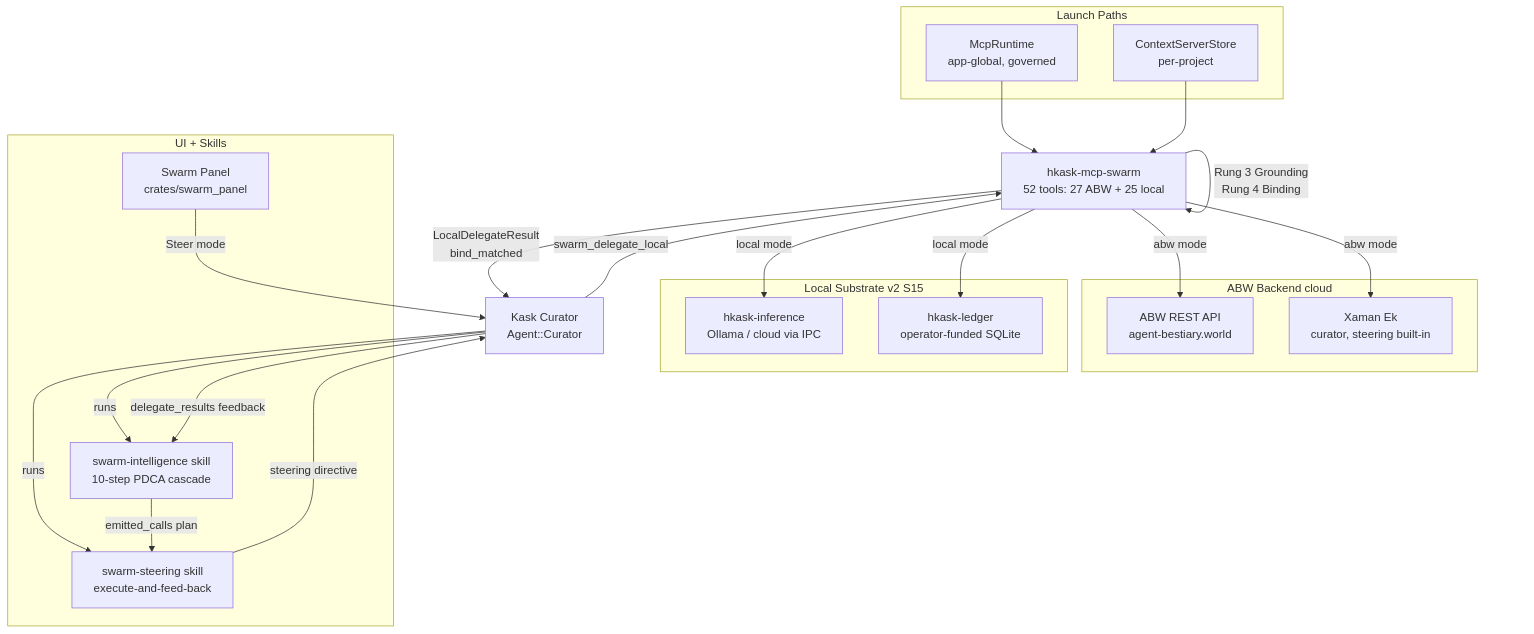
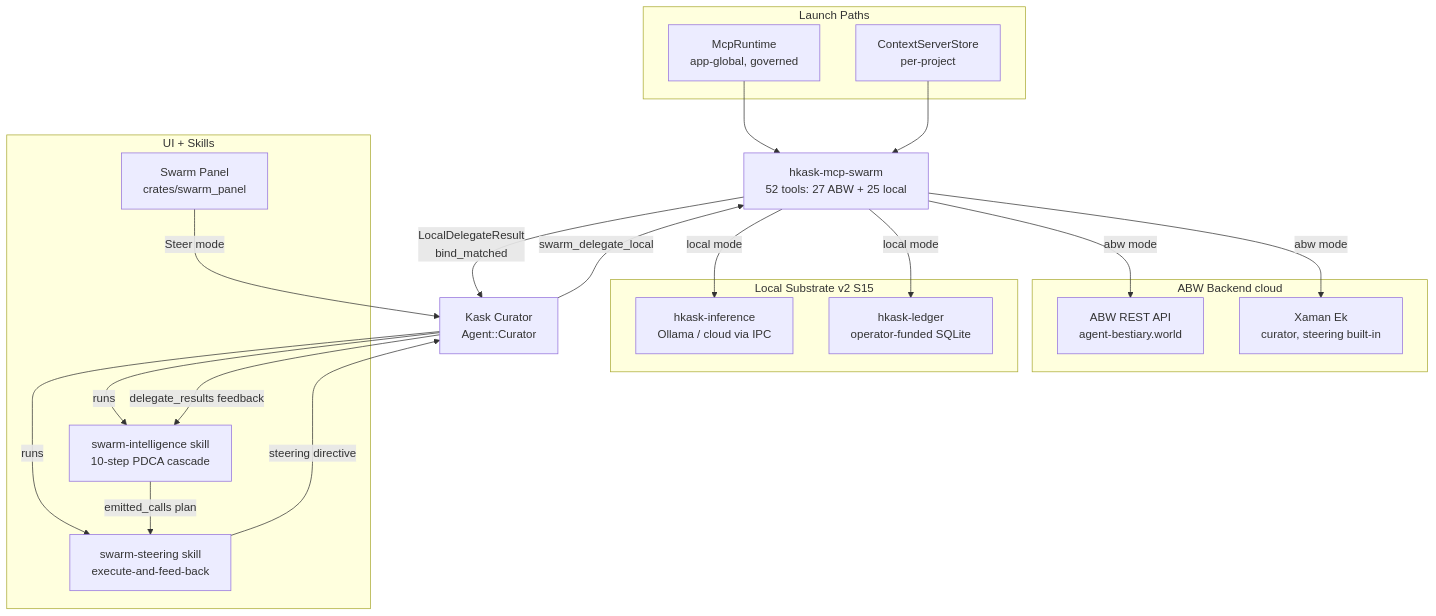
Before and after one commit to mdz-axo/zed-kask: the diagram in kask/docs/diagrams/flowchart-swarm-architecture.md, drawn with Mermaid. The commit also changed other lines of this file and 10 other files, not shown here.

````diff
--- a/kask/docs/diagrams/flowchart-swarm-architecture.md
+++ b/kask/docs/diagrams/flowchart-swarm-architecture.md
@@ -15,40 +15,39 @@
 ```mermaid
 flowchart TD
     subgraph launch[Launch Paths]
         MR[McpRuntime<br/>app-global, governed]
         CS[ContextServerStore<br/>per-project]
     end
     SWARM[hkask-mcp-swarm<br/>52 tools: 27 ABW + 25 local]
     MR --> SWARM
     CS --> SWARM
 
     subgraph abw[ABW Backend cloud]
         ABW_API[ABW REST API<br/>agent-bestiary.world]
         XAMAN[Xaman Ek<br/>curator, steering built-in]
     end
 
     subgraph local[Local Substrate v2 S15]
         INF[hkask-inference<br/>Ollama / cloud via IPC]
         LEDGER[hkask-ledger<br/>operator-funded SQLite]
     end
 
     SWARM -->|abw mode| ABW_API
     SWARM -->|abw mode| XAMAN
     SWARM -->|local mode| INF
     SWARM -->|local mode| LEDGER
 
     subgraph ui[UI + Skills]
         PANEL[Swarm Panel<br/>crates/swarm_panel]
         SI[swarm-intelligence skill<br/>10-step PDCA cascade]
         SS[swarm-steering skill<br/>execute-and-feed-back]
     end
     PANEL -->|Steer mode| CURATOR[Kask Curator<br/>Agent::Curator]
     CURATOR -->|runs| SI
     CURATOR -->|runs| SS
     SI -->|emitted_calls plan| SS
     SS -->|steering directive| CURATOR
     CURATOR -->|swarm_delegate_local| SWARM
-    SWARM -->|Rung 3 Grounding<br/>Rung 4 Binding| SWARM
     SWARM -->|LocalDelegateResult<br/>bind_matched| CURATOR
     CURATOR -->|delegate_results feedback| SI
 ```
````
